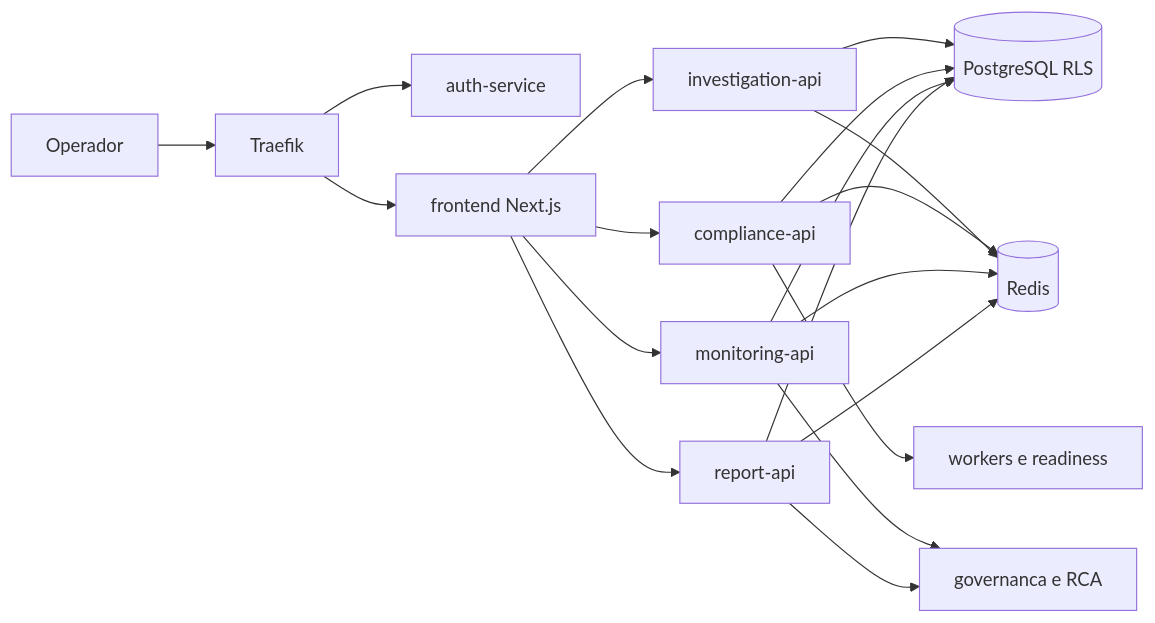
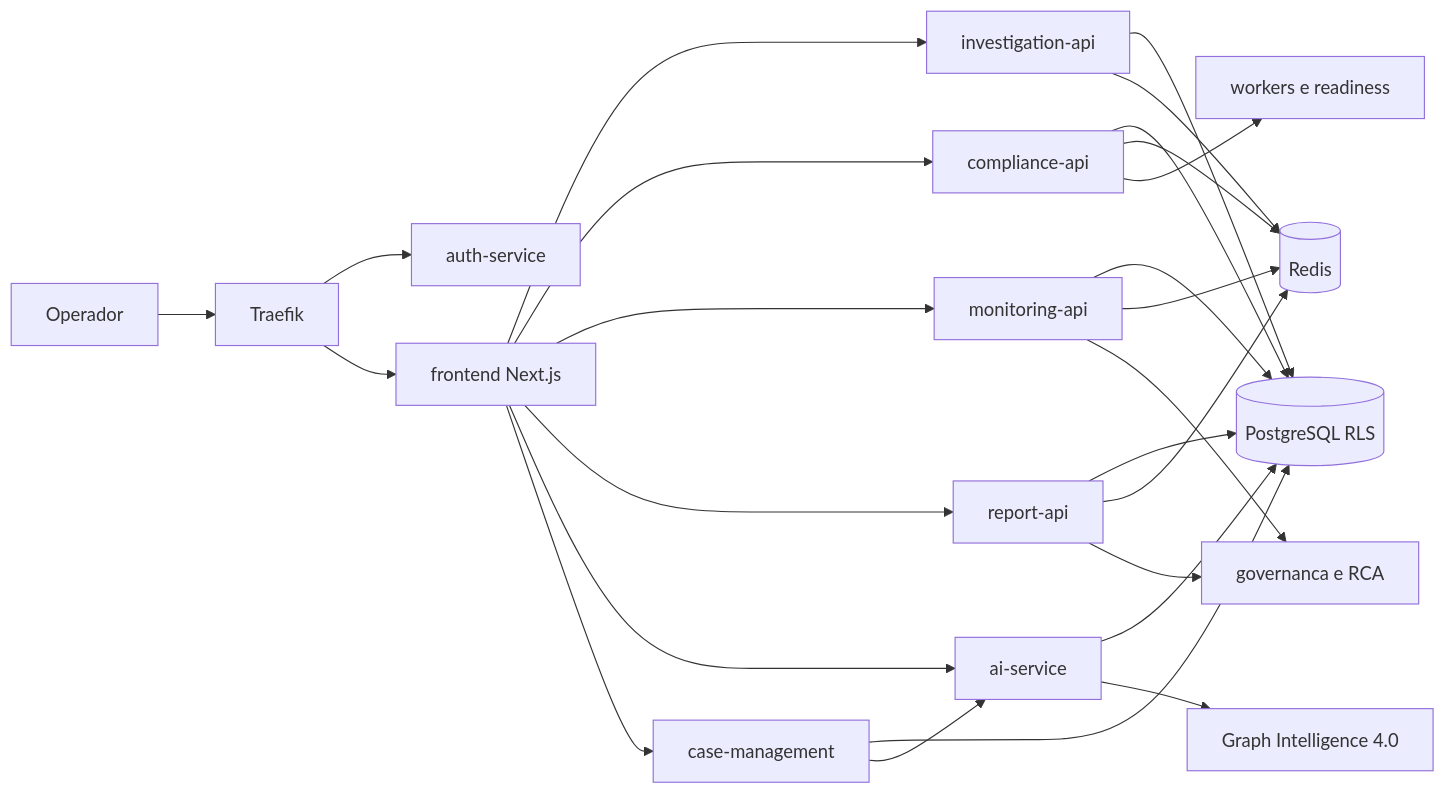
The first of 3 diagrams in ontrackchain/README.md (Jistriane/Ontrackchain), drawn with Mermaid before and after one commit. The commit also changed other lines of this file and 1 other file, not shown here.

Commit message:
docs: update README and KPI scorecard with new AI and Case Management architecture
README updates:
- Add ai-service and case-management to services table
- Update architecture diagram with AI and Case Management
- Update baseline to 100%/100%/100%

KPI Scorecard updates:
- Add P2-08 (AI Explicativa e Graph Intelligence) - 100%
- Add P2-09 (Gestao de Casos Avancada) - 100%
- Update all initiatives to 100%
- Update weighted result to 100%

````diff
--- a/ontrackchain/README.md
+++ b/ontrackchain/README.md
@@ -62,21 +62,27 @@
 ```mermaid
 flowchart LR
     U[Operador] --> T[Traefik]
     T --> A[auth-service]
     T --> F[frontend Next.js]
     F --> I[investigation-api]
     F --> C[compliance-api]
     F --> M[monitoring-api]
     F --> R[report-api]
+    F --> AI[ai-service]
+    F --> CM[case-management]
     I --> P[(PostgreSQL RLS)]
     C --> P
     M --> P
     R --> P
+    AI --> P
+    CM --> P
     I --> X[(Redis)]
     C --> X
     M --> X
     R --> X
     C --> CW[workers e readiness]
     M --> GW[governanca e RCA]
     R --> GW
+    AI --> GE[Graph Intelligence 4.0]
+    CM --> AI
 ```
````
